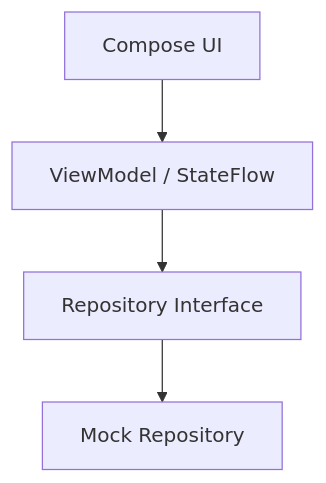
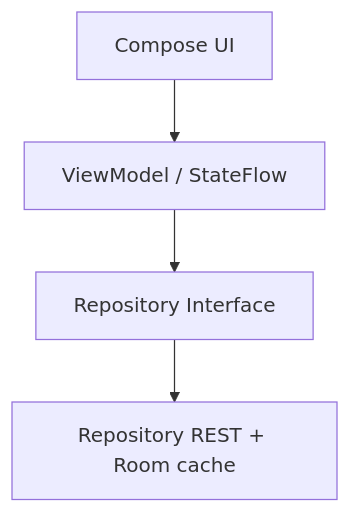
The fifth of 7 diagrams in README.md (DzarelDeveloper/tandara-app), drawn with Mermaid before and after one commit. The commit also changed other lines of this file and 52 other files, not shown here.

````diff
--- a/README.md
+++ b/README.md
@@ -151,6 +141,6 @@
 ```mermaid
 flowchart TD
     A[Compose UI] --> B[ViewModel / StateFlow]
     B --> C[Repository Interface]
-    C --> D[Mock Repository]
+    C --> D[Repository REST + Room cache]
 ```
````
